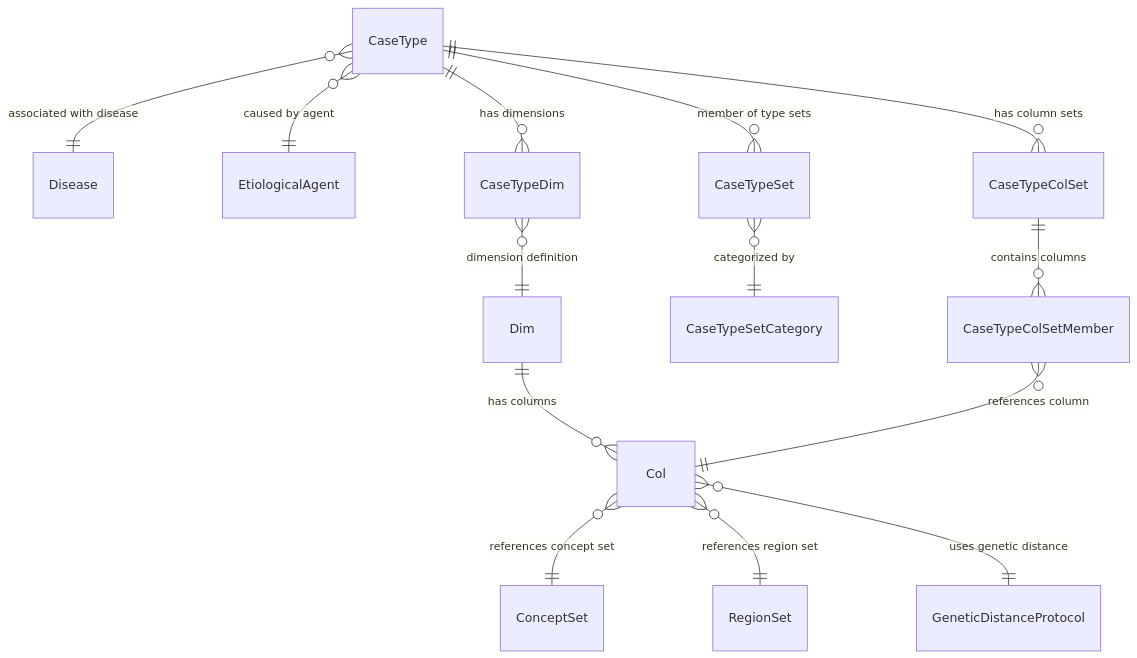
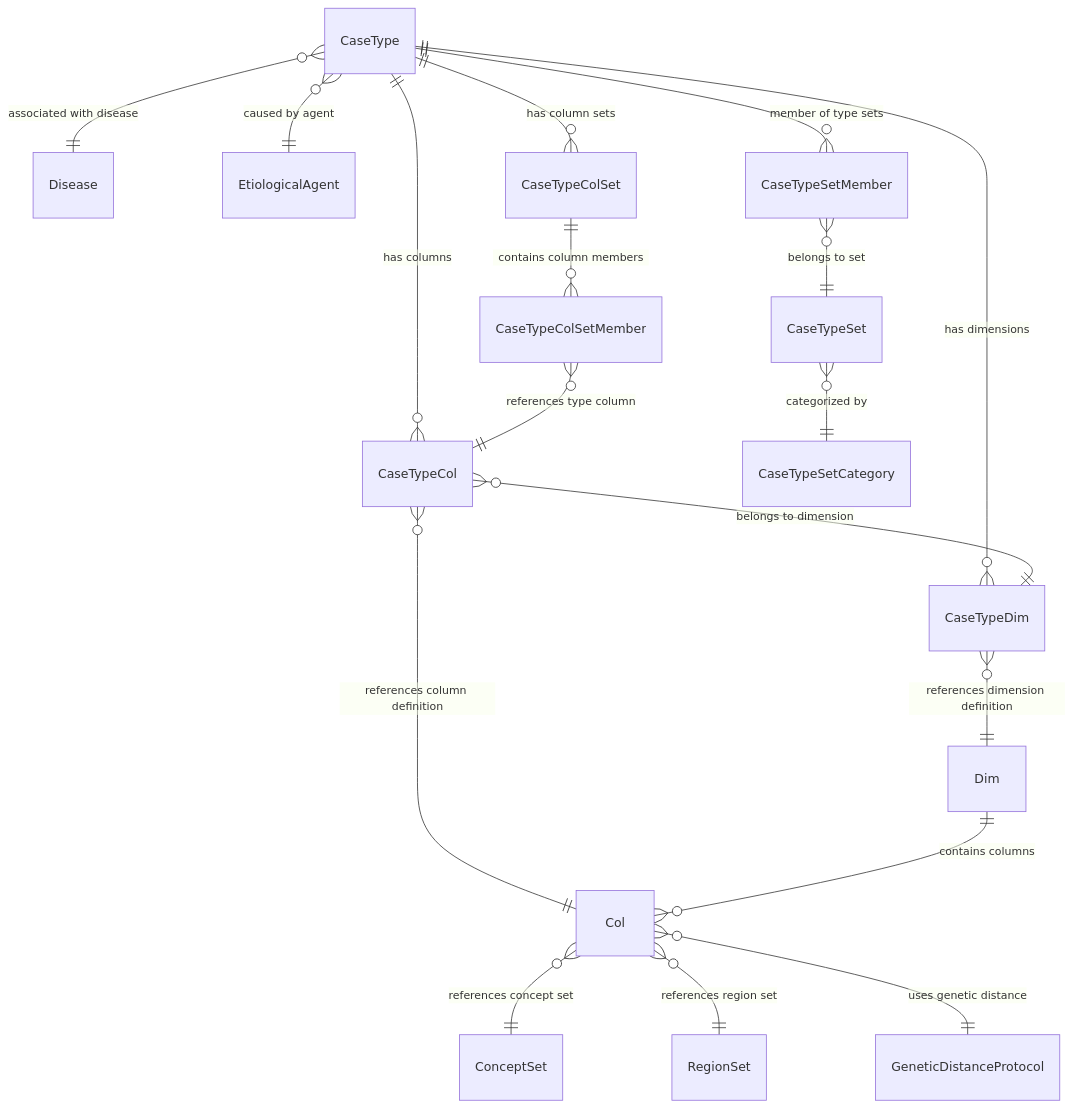
Before and after one commit to RIVM-bioinformatics/gen-epix-api: the second of 7 diagrams in docs/casedb/case_models_erd.md, drawn with Mermaid. The commit also changed other lines of this file, not shown here.

Commit message:
fix(doc): correcting some diagrams with many-to-many relationships, correcting relation names etc.

````diff
--- a/docs/casedb/case_models_erd.md
+++ b/docs/casedb/case_models_erd.md
@@ -26,20 +26,25 @@
 ```mermaid
 erDiagram
     CaseType }o--|| Disease : "associated with disease"
     CaseType }o--|| EtiologicalAgent : "caused by agent"
     
+    CaseType ||--o{ CaseTypeCol : "has columns"
     CaseType ||--o{ CaseTypeDim : "has dimensions"
-    CaseTypeDim }o--|| Dim : "dimension definition"
     
-    Dim ||--o{ Col : "has columns"
+    CaseTypeCol }o--|| CaseTypeDim : "belongs to dimension"
+    CaseTypeCol }o--|| Col : "references column definition"
+    CaseTypeDim }o--|| Dim : "references dimension definition"
+    
+    Dim ||--o{ Col : "contains columns"
     Col }o--|| ConceptSet : "references concept set"
     Col }o--|| RegionSet : "references region set"
     Col }o--|| GeneticDistanceProtocol : "uses genetic distance"
     
-    CaseType ||--o{ CaseTypeSet : "member of type sets"
+    CaseType ||--o{ CaseTypeSetMember : "member of type sets"
+    CaseTypeSetMember }o--|| CaseTypeSet : "belongs to set"
     CaseTypeSet }o--|| CaseTypeSetCategory : "categorized by"
     
     CaseType ||--o{ CaseTypeColSet : "has column sets"
-    CaseTypeColSet ||--o{ CaseTypeColSetMember : "contains columns"
-    CaseTypeColSetMember }o--|| Col : "references column"
+    CaseTypeColSet ||--o{ CaseTypeColSetMember : "contains column members"
+    CaseTypeColSetMember }o--|| CaseTypeCol : "references type column"
 ```
````
